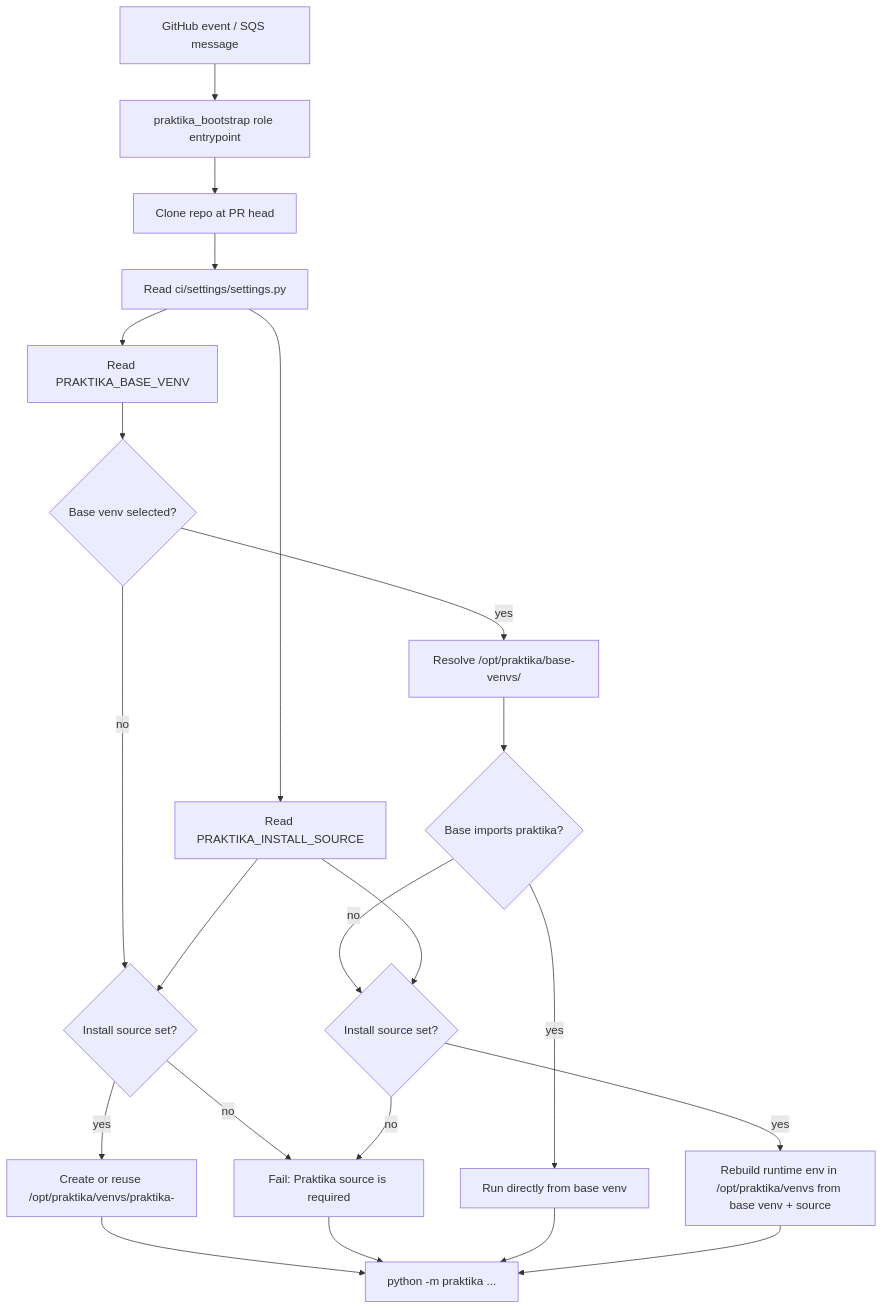
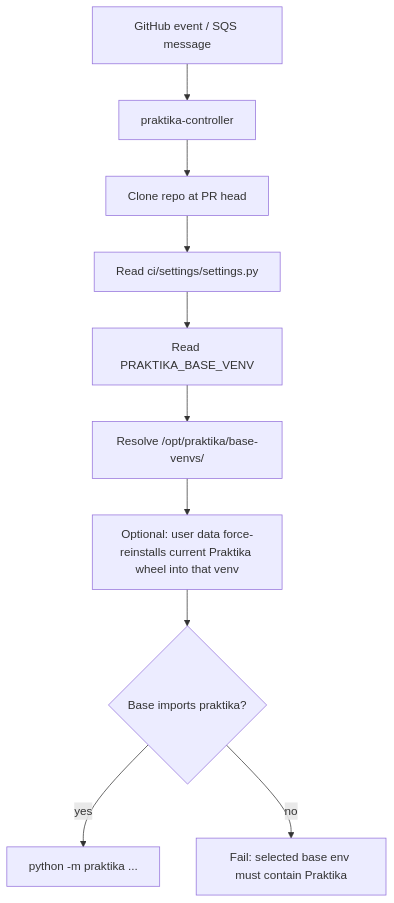
Before and after one commit to ClickHouse/praktika: the second of 2 diagrams in praktika/orchestrator/README.md, drawn with Mermaid. The commit also changed other lines of this file and 38 other files, not shown here.

Commit message:
Unify controller runtime and image deploy flow

````diff
--- a/praktika/orchestrator/README.md
+++ b/praktika/orchestrator/README.md
@@ -134,29 +136,12 @@
 ```mermaid
 flowchart TD
-    A[GitHub event / SQS message] --> B[praktika_bootstrap role entrypoint]
+    A[GitHub event / SQS message] --> B[praktika-controller]
     B --> C[Clone repo at PR head]
     C --> D[Read ci/settings/settings.py]
     D --> E[Read PRAKTIKA_BASE_VENV]
-    D --> F[Read PRAKTIKA_INSTALL_SOURCE]
-
-    E --> G{Base venv selected?}
-    G -->|no| H{Install source set?}
-    G -->|yes| I[Resolve /opt/praktika/base-venvs/<name>]
-
-    I --> J{Base imports praktika?}
-    J -->|yes| K[Run directly from base venv]
-    J -->|no| L{Install source set?}
-
-    H -->|yes| M[Create or reuse /opt/praktika/venvs/praktika-<py>]
-    H -->|no| N[Fail: Praktika source is required]
-
-    L -->|yes| O[Rebuild runtime env in /opt/praktika/venvs from base venv + source]
-    L -->|no| N
-
-    F --> H
-    F --> L
-    M --> P[python -m praktika ...]
-    N --> P
-    K --> P
-    O --> P
+    E --> F[Resolve /opt/praktika/base-venvs/<name>]
+    F --> G[Optional: user data force-reinstalls current Praktika wheel into that venv]
+    G --> H{Base imports praktika?}
+    H -->|yes| I[python -m praktika ...]
+    H -->|no| J[Fail: selected base env must contain Praktika]
 ```
````
